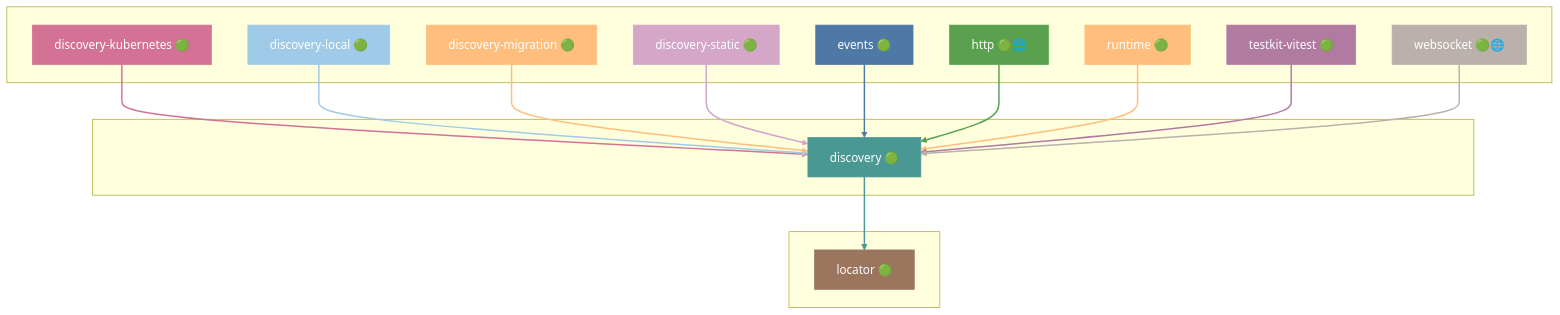
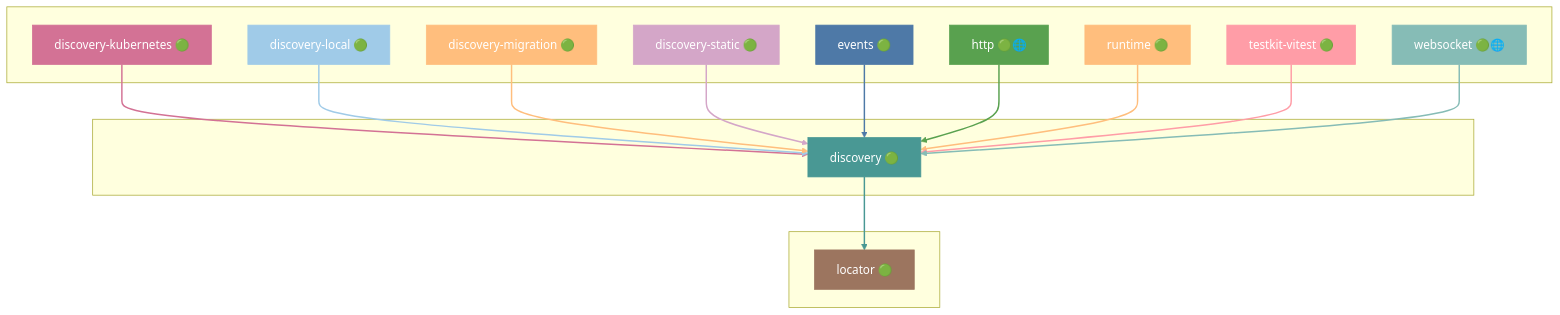
One commit to grest-ts/grest-ts changed diagram 15 of 48 in docs/DEPENDENCIES.md. Above: the diagram before and after it, drawn with Mermaid. The commit also changed other lines of this file and 21 other files, not shown here.

````diff
--- a/docs/DEPENDENCIES.md
+++ b/docs/DEPENDENCIES.md
@@ -919,51 +933,51 @@
 ```mermaid
 flowchart TB
     subgraph Dependents[" "]
         discovery-kubernetes["discovery-kubernetes 🟢"]
         discovery-local["discovery-local 🟢"]
         discovery-migration["discovery-migration 🟢"]
         discovery-static["discovery-static 🟢"]
         events["events 🟢"]
         http["http 🟢🌐"]
         runtime["runtime 🟢"]
         testkit-vitest["testkit-vitest 🟢"]
         websocket["websocket 🟢🌐"]
     end
     subgraph Package[" "]
         discovery["discovery 🟢"]
     end
     subgraph Dependencies[" "]
         locator["locator 🟢"]
     end
     discovery-kubernetes --> discovery
     discovery-local --> discovery
     discovery-migration --> discovery
     discovery-static --> discovery
     events --> discovery
     http --> discovery
     runtime --> discovery
     testkit-vitest --> discovery
     websocket --> discovery
     discovery --> locator
     style discovery fill:#499894,stroke:#499894,color:#fff
     style discovery-kubernetes fill:#D37295,stroke:#D37295,color:#fff
     style discovery-local fill:#A0CBE8,stroke:#A0CBE8,color:#fff
     style discovery-migration fill:#FFBE7D,stroke:#FFBE7D,color:#fff
     style discovery-static fill:#D4A6C8,stroke:#D4A6C8,color:#fff
     style events fill:#4E79A7,stroke:#4E79A7,color:#fff
     style http fill:#59A14F,stroke:#59A14F,color:#fff
     style runtime fill:#FFBE7D,stroke:#FFBE7D,color:#fff
-    style testkit-vitest fill:#B07AA1,stroke:#B07AA1,color:#fff
-    style websocket fill:#BAB0AC,stroke:#BAB0AC,color:#fff
+    style testkit-vitest fill:#FF9DA7,stroke:#FF9DA7,color:#fff
+    style websocket fill:#86BCB6,stroke:#86BCB6,color:#fff
     style locator fill:#9C755F,stroke:#9C755F,color:#fff
     linkStyle 0 stroke:#D37295,stroke-width:2px
     linkStyle 1 stroke:#A0CBE8,stroke-width:2px
     linkStyle 2 stroke:#FFBE7D,stroke-width:2px
     linkStyle 3 stroke:#D4A6C8,stroke-width:2px
     linkStyle 4 stroke:#4E79A7,stroke-width:2px
     linkStyle 5 stroke:#59A14F,stroke-width:2px
     linkStyle 6 stroke:#FFBE7D,stroke-width:2px
-    linkStyle 7 stroke:#B07AA1,stroke-width:2px
-    linkStyle 8 stroke:#BAB0AC,stroke-width:2px
+    linkStyle 7 stroke:#FF9DA7,stroke-width:2px
+    linkStyle 8 stroke:#86BCB6,stroke-width:2px
     linkStyle 9 stroke:#499894,stroke-width:2px
 ```
````
